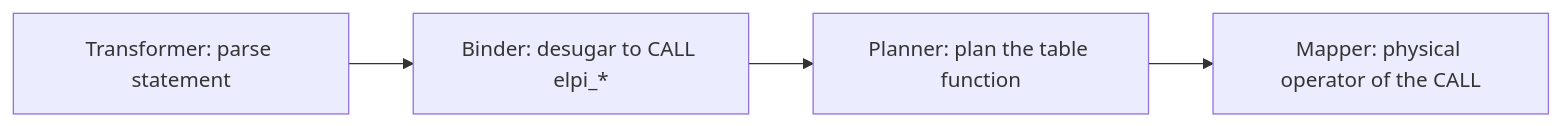
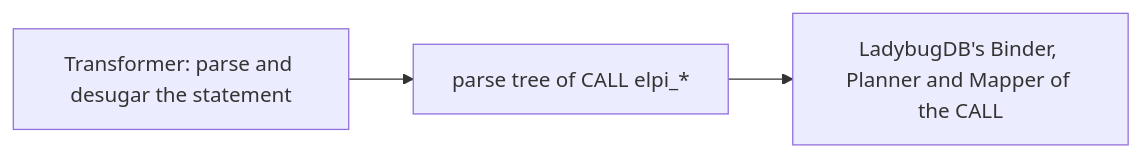
Before and after one commit to Volland/marien: the diagram in openspec/changes/add-ecosystem/specs/custom-statements/spec.md, drawn with Mermaid. The commit also changed other lines of this file and 70 other files, not shown here.

````diff
--- a/openspec/changes/add-ecosystem/specs/custom-statements/spec.md
+++ b/openspec/changes/add-ecosystem/specs/custom-statements/spec.md
@@ -24,6 +24,5 @@
 ```mermaid
 flowchart LR
-  P[Transformer: parse statement] --> B[Binder: desugar to CALL elpi_*]
-  B --> L[Planner: plan the table function]
-  L --> M[Mapper: physical operator of the CALL]
+  P[Transformer: parse and desugar the statement] --> T[parse tree of CALL elpi_*]
+  T --> B[LadybugDB's Binder, Planner and Mapper of the CALL]
 ```
````
